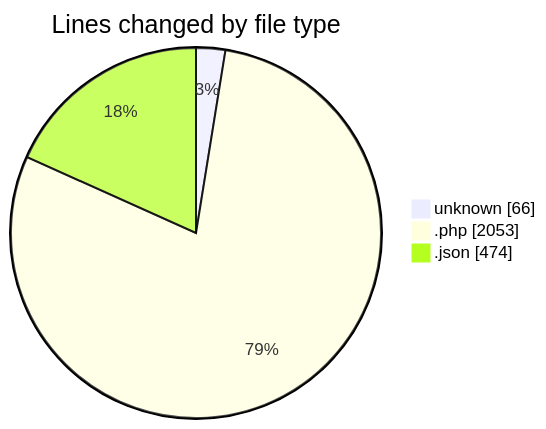
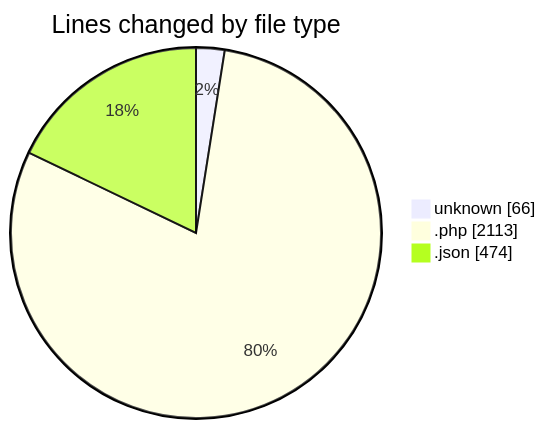
One commit to idhammustaqopulfikri/code-tracking changed the first of 2 diagrams in 2025-05-27/studio-backend/README.md. Above: the diagram before and after it, drawn with Mermaid. The commit also changed other lines of this file and 1 other file, not shown here.

````diff
--- a/2025-05-27/studio-backend/README.md
+++ b/2025-05-27/studio-backend/README.md
@@ -53,7 +53,7 @@
 ```mermaid
 pie showData
 title Lines changed by file type
 "unknown" : 66
-".php" : 2053
+".php" : 2113
 ".json" : 474
 ```
````
